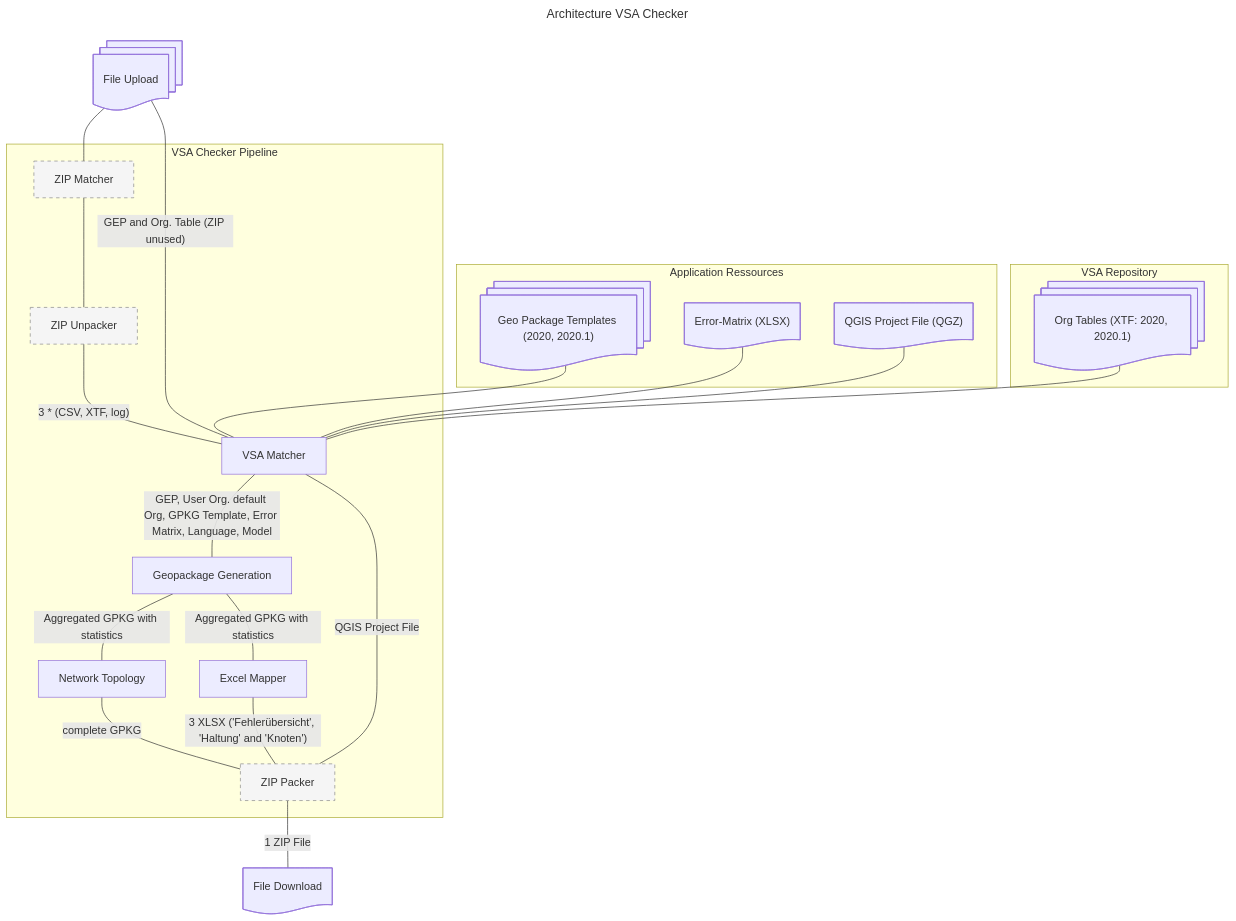
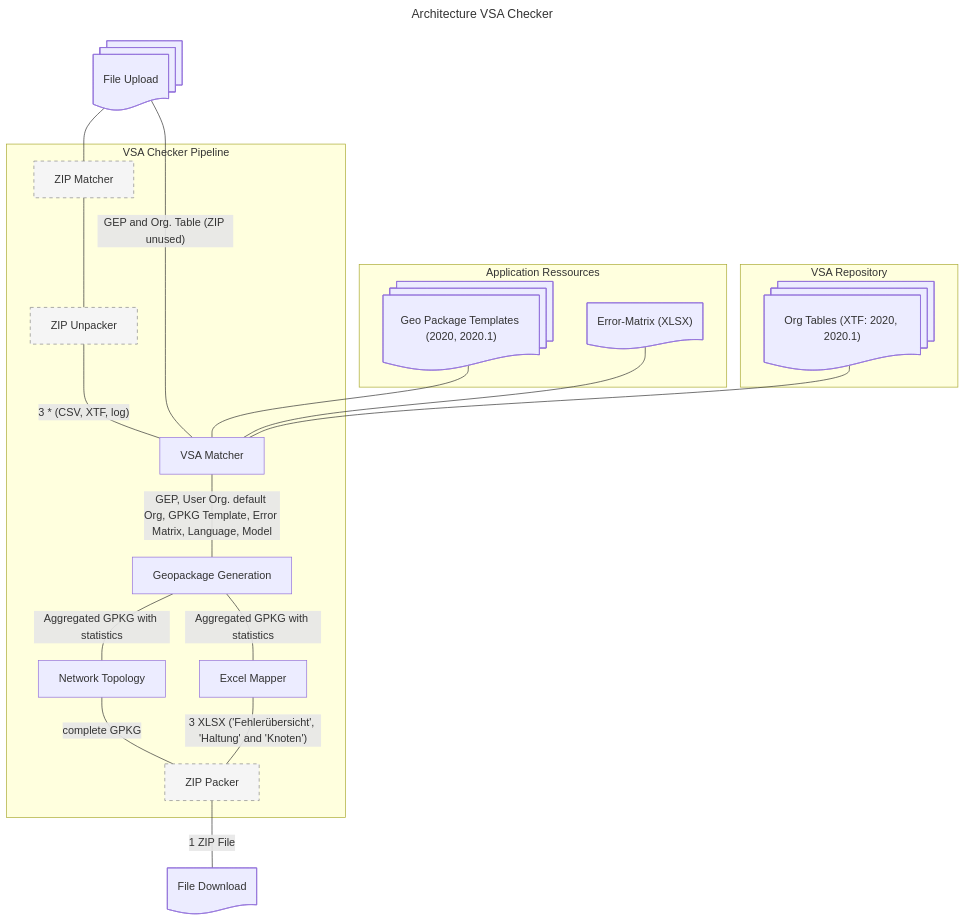
One commit to geowerkstatt/vsa-checker-analytics changed the diagram in docs/architektur.md. Above: the diagram before and after it, drawn with Mermaid. The commit also changed other lines of this file and 3 other files, not shown here.

First line of the commit message:
refactor: Remove QGIS project from VSA Matcher

````diff
--- a/docs/architektur.md
+++ b/docs/architektur.md
@@ -13,44 +13,41 @@
 ```mermaid
 ---
 title: Architecture VSA Checker
 ---
 flowchart
 	subgraph vsaRepository["VSA Repository"]
 		orgTables@{ shape: "docs", label: "Org Tables (XTF: 2020, 2020.1)" }
 	end
 	subgraph appResources["Application Ressources"]
 		geoPackageTemplates@{ shape: "docs", label: "Geo Package Templates (2020, 2020.1)" }
 		errorMatrix@{ shape: "doc", label: "Error-Matrix (XLSX)" }
-		qgisProject@{ shape: "doc", label: "QGIS Project File (QGZ)" }
 	end
 	subgraph vsaCheckerPipeline["VSA Checker Pipeline"]
 		zipMatcher["ZIP Matcher"]
 		unzipper["ZIP Unpacker"]
 		vsaMatcher["VSA Matcher"]
 		aggregationProcess["Geopackage Generation"]
 		
 		networkTopology["Network Topology"]
 		excelMapper["Excel Mapper"]
 		zipPacker["ZIP Packer"]
 	end
 	fileUpload@{ shape: "docs", label: "File Upload" }
 	fileDownload@{ shape: "doc", label: "File Download" }
 	fileUpload --- zipMatcher
 	zipMatcher --- unzipper
 	fileUpload ---|"GEP and Org. Table (ZIP unused)"| vsaMatcher
 	geoPackageTemplates --- vsaMatcher
 	orgTables --- vsaMatcher
 	unzipper ---|"3 * (CSV, XTF, log)"| vsaMatcher
-	qgisProject --- vsaMatcher
 	errorMatrix --- vsaMatcher
 	vsaMatcher ---|"GEP, User Org. default Org, GPKG Template, Error Matrix, Language, Model"| aggregationProcess
 	aggregationProcess ---|"Aggregated GPKG with statistics"| networkTopology
 	aggregationProcess ---|"Aggregated GPKG with statistics"| excelMapper
-	vsaMatcher ---|"QGIS Project File"| zipPacker
 	networkTopology ---|"complete GPKG"| zipPacker
 	excelMapper ---|"3 XLSX ('Fehlerübersicht', 'Haltung' and 'Knoten')"| zipPacker
 	zipPacker --- |"1 ZIP File"| fileDownload
 
 	classDef geopilotBuiltIn fill:#f5f5f5,stroke:#888,stroke-dasharray:5 5
 	class zipMatcher,unzipper,zipPacker geopilotBuiltIn
 ```
````
